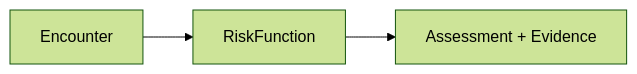
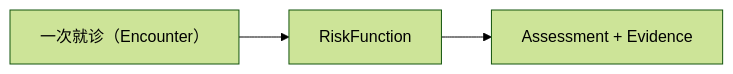
Before and after one commit to rexlin600/ontology_practice: the diagram in days/Day-13.md, drawn with Mermaid (forest theme). The commit also changed other lines of this file, not shown here.

````diff
--- a/days/Day-13.md
+++ b/days/Day-13.md
@@ -16,6 +31,6 @@
 ```mermaid
 flowchart LR
-  Encounter["Encounter"] --> RiskFunction["RiskFunction"]
+  Encounter["一次就诊（Encounter）"] --> RiskFunction["RiskFunction"]
   RiskFunction["RiskFunction"] --> AssessmentEvidence["Assessment + Evidence"]
 
 ```
````
